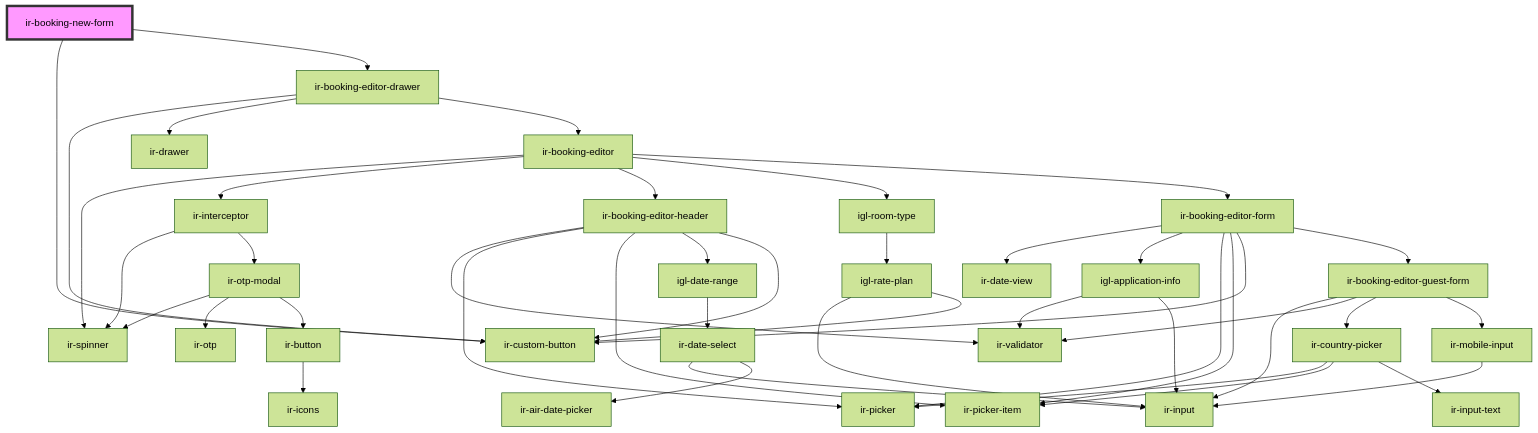
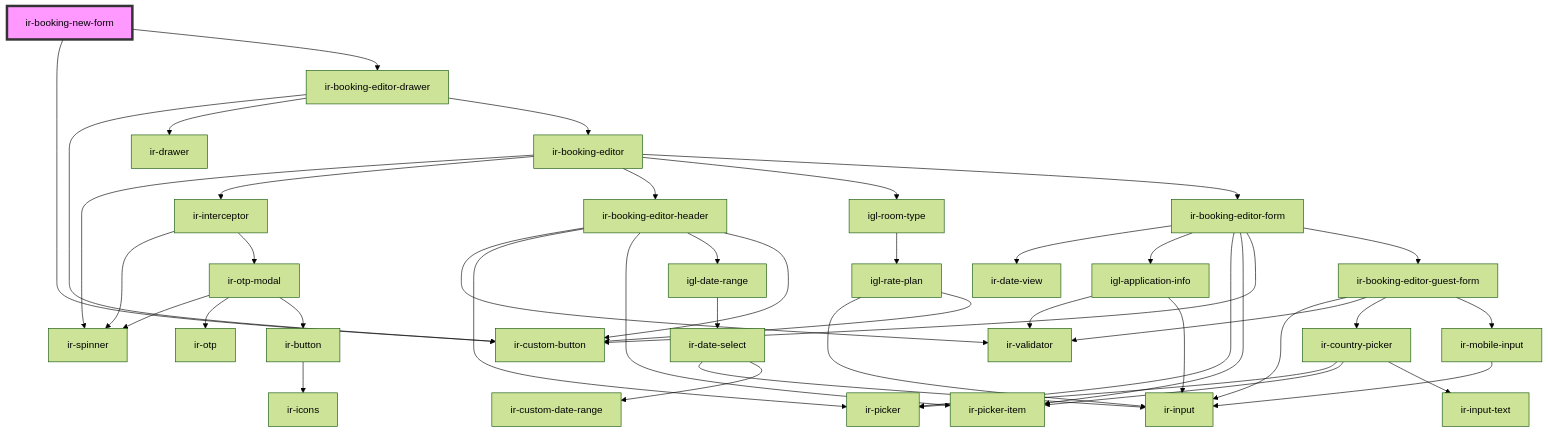
The diagram in src/components/ir-booking-new-form/readme.md (RonyRizk/ir-webcmp), drawn with Mermaid (forest theme) before and after one commit. The commit also changed 44 other files, not shown here.

Commit message:
Fix Date Picker Issue for Manula Booking

````diff
--- a/src/components/ir-booking-new-form/readme.md
+++ b/src/components/ir-booking-new-form/readme.md
@@ -25,47 +25,47 @@
 ```mermaid
 graph TD;
   ir-booking-new-form --> ir-custom-button
   ir-booking-new-form --> ir-booking-editor-drawer
   ir-booking-editor-drawer --> ir-custom-button
   ir-booking-editor-drawer --> ir-drawer
   ir-booking-editor-drawer --> ir-booking-editor
   ir-booking-editor --> ir-spinner
   ir-booking-editor --> ir-interceptor
   ir-booking-editor --> ir-booking-editor-header
   ir-booking-editor --> igl-room-type
   ir-booking-editor --> ir-booking-editor-form
   ir-interceptor --> ir-spinner
   ir-interceptor --> ir-otp-modal
   ir-otp-modal --> ir-spinner
   ir-otp-modal --> ir-otp
   ir-otp-modal --> ir-button
   ir-button --> ir-icons
   ir-booking-editor-header --> ir-validator
   ir-booking-editor-header --> ir-picker
   ir-booking-editor-header --> ir-picker-item
   ir-booking-editor-header --> igl-date-range
   ir-booking-editor-header --> ir-custom-button
   igl-date-range --> ir-date-select
   ir-date-select --> ir-input
-  ir-date-select --> ir-air-date-picker
+  ir-date-select --> ir-custom-date-range
   igl-room-type --> igl-rate-plan
   igl-rate-plan --> ir-input
   igl-rate-plan --> ir-custom-button
   ir-booking-editor-form --> ir-date-view
   ir-booking-editor-form --> igl-application-info
   ir-booking-editor-form --> ir-picker
   ir-booking-editor-form --> ir-picker-item
   ir-booking-editor-form --> ir-custom-button
   ir-booking-editor-form --> ir-booking-editor-guest-form
   igl-application-info --> ir-validator
   igl-application-info --> ir-input
   ir-booking-editor-guest-form --> ir-input
   ir-booking-editor-guest-form --> ir-validator
   ir-booking-editor-guest-form --> ir-country-picker
   ir-booking-editor-guest-form --> ir-mobile-input
   ir-country-picker --> ir-picker
   ir-country-picker --> ir-picker-item
   ir-country-picker --> ir-input-text
   ir-mobile-input --> ir-input
   style ir-booking-new-form fill:#f9f,stroke:#333,stroke-width:4px
 ```
````
